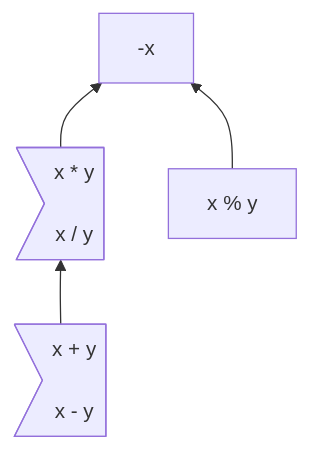
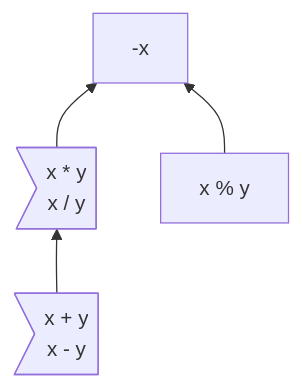
Before and after one commit to carbon-language/carbon-lang: the diagram in docs/design/expressions/arithmetic.md, drawn with Mermaid. The commit also changed 1 other file, not shown here.

Commit message:
A few more mermaid newline fixes

````diff
--- a/docs/design/expressions/arithmetic.md
+++ b/docs/design/expressions/arithmetic.md
@@ -57,13 +57,13 @@
 ```mermaid
 %%{init: {'themeVariables': {'fontFamily': 'monospace'}}}%%
 graph BT
     negation["-x"]
-    multiplication>"x * y<br>
+    multiplication>"x * y
                     x / y"]
-    addition>"x + y<br>
+    addition>"x + y
               x - y"]
     modulo["x % y"]
 
     multiplication & modulo --> negation
     addition --> multiplication
 ```
````
